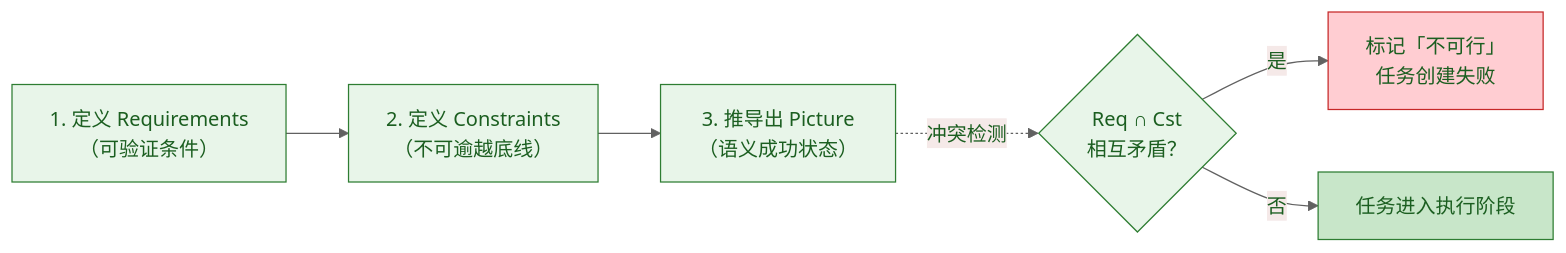
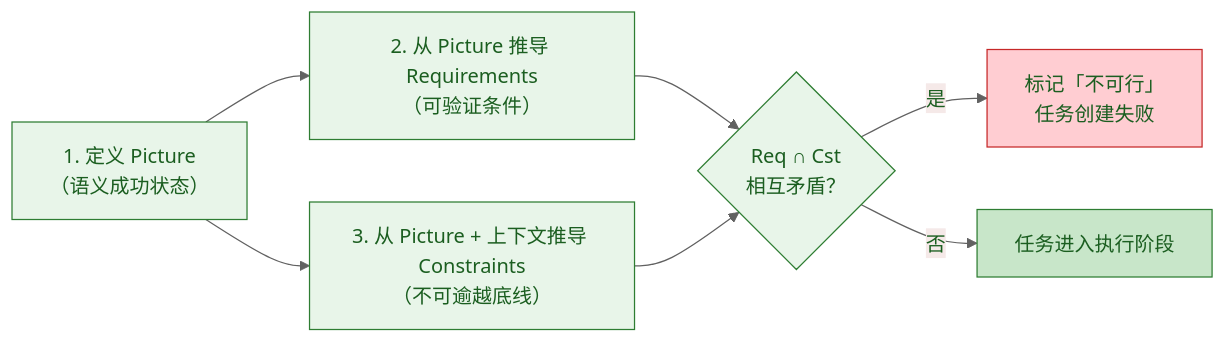
Before and after one commit to Lazyn0tBug/mem0ress: the sixth of 11 diagrams in docs/spec.md, drawn with Mermaid. The commit also changed other lines of this file and 1 other file, not shown here.

````diff
--- a/docs/spec.md
+++ b/docs/spec.md
@@ -363,12 +363,13 @@
 ```mermaid
-%% label：PRC 三要素构建顺序
+%% label：PRC 三要素定义（建议顺序）
 %%{ init: { 'theme': 'base', 'themeVariables': { 'primaryColor': '#e8f5e9', 'primaryTextColor': '#1b5e20', 'primaryBorderColor': '#2e7d32', 'lineColor': '#616161' } } }%%
 flowchart LR
-    A["1. 定义 Requirements\n（可验证条件）"] --> B["2. 定义 Constraints\n（不可逾越底线）"]
-    B --> C["3. 推导出 Picture\n（语义成功状态）"]
-    C -.->|冲突检测| D{"Req ∩ Cst\n相互矛盾？"}
+    A["1. 定义 Picture\n（语义成功状态）"] --> B["2. 从 Picture 推导 Requirements\n（可验证条件）"]
+    A --> C["3. 从 Picture + 上下文推导 Constraints\n（不可逾越底线）"]
+    B --> D{"Req ∩ Cst\n相互矛盾？"}
+    C --> D
     D -->|是| E["标记「不可行」\n任务创建失败"]
     D -->|否| F["任务进入执行阶段"]
     style E fill:#ffcdd2,stroke:#c62828
     style F fill:#c8e6c9,stroke:#2e7d32
 ```
````
